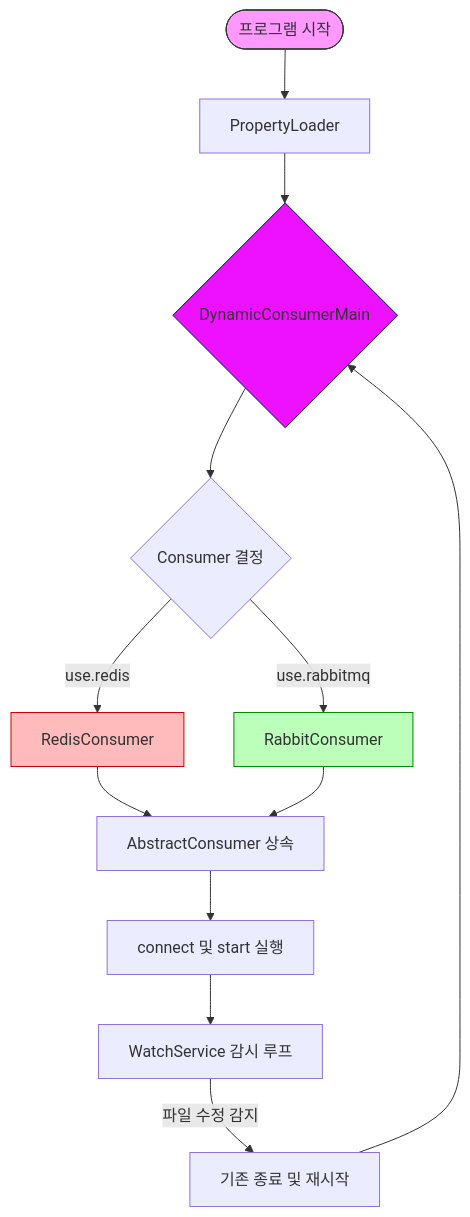
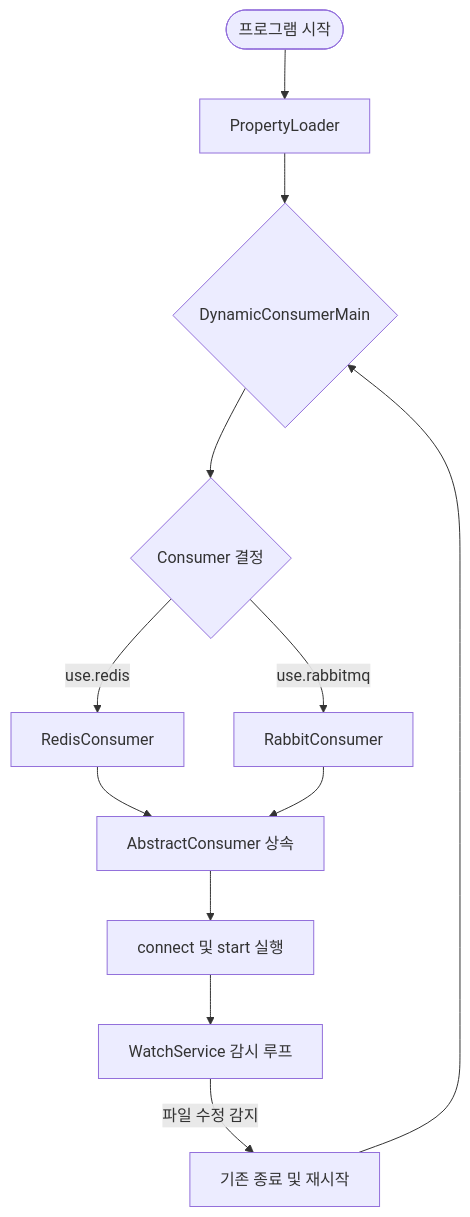
Before and after one commit to yellowpart/yellowpart.github.com: the first of 2 diagrams in _posts/2025-12-13-java-dynamic-consumer-structure.md, drawn with Mermaid.

```diff
--- a/_posts/2025-12-13-java-dynamic-consumer-structure.md
+++ b/_posts/2025-12-13-java-dynamic-consumer-structure.md
@@ -12,23 +12,19 @@
 <pre class="mermaid" id="my-diagram">
 flowchart TD
     A([프로그램 시작]) --> B[PropertyLoader]
     B --> C{DynamicConsumerMain}
     
     C --> D{Consumer 결정}
     D -- use.redis --> E[RedisConsumer]
     D -- use.rabbitmq --> F[RabbitConsumer]
     
     E --> G[AbstractConsumer 상속]
     F --> G
     
     G --> H[connect 및 start 실행]
     H --> I[WatchService 감시 루프]
     
     I -- 파일 수정 감지 --> J[기존 종료 및 재시작]
     J --> C
 
-    style A fill:#f9f,stroke:#333
-    style C fill:#e1f,stroke:#015
-    style E fill:#fbb,stroke:#c00
-    style F fill:#bfb,stroke:#080
 </pre>
```
